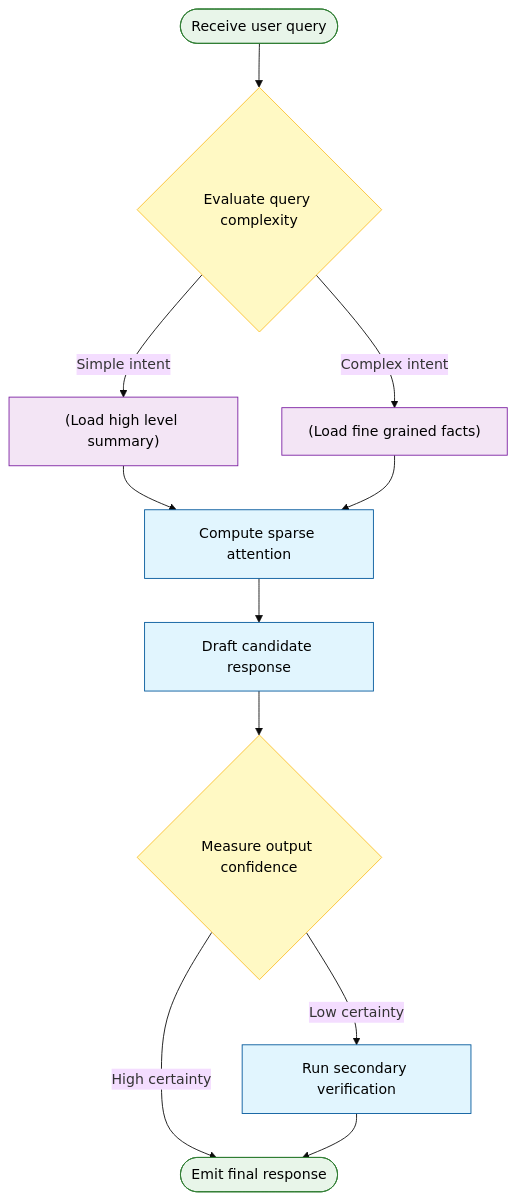
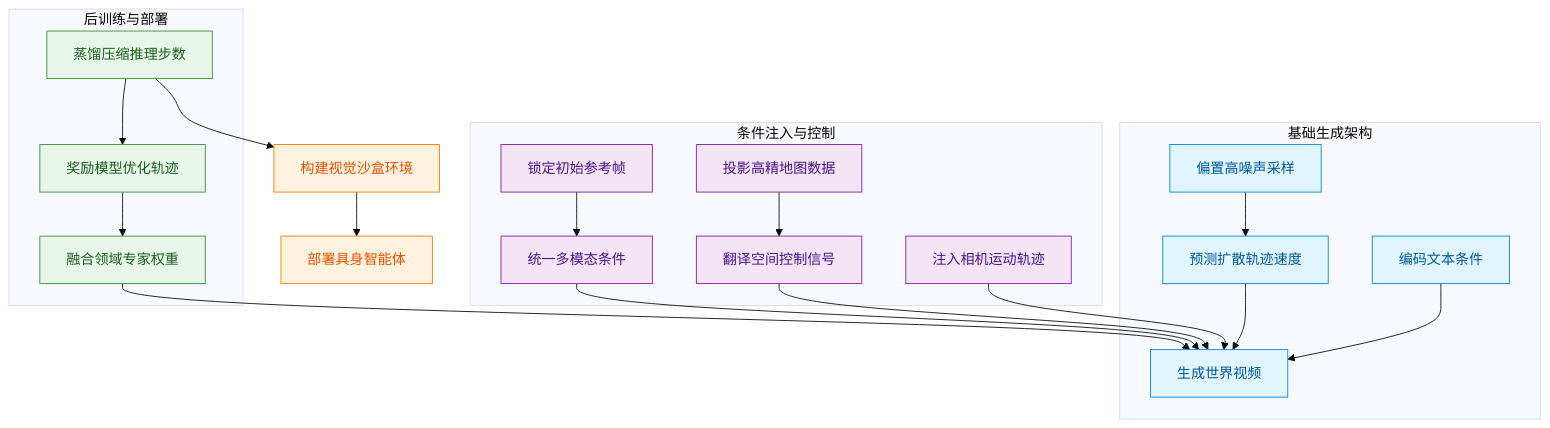
Before and after one commit to ShinewineW/paper-rolling: the second of 10 diagrams in person_vault/2026-06-12_WorldSimulationWithVideoFoundationModels_2511.00062/report.md, drawn with Mermaid (base theme). The commit also changed other lines of this file and 51 other files, not shown here.

````diff
--- a/person_vault/2026-06-12_WorldSimulationWithVideoFoundationModels_2511.00062/report.md
+++ b/person_vault/2026-06-12_WorldSimulationWithVideoFoundationModels_2511.00062/report.md
@@ -81,23 +83,35 @@
 ```mermaid
-flowchart TD
-    start_node(["Receive user query"]) --> route_check{Evaluate query complexity}
-    route_check -->|Simple intent| load_summary["(Load high level summary)"]
-    route_check -->|Complex intent| load_detail["(Load fine grained facts)"]
-    load_summary --> run_attention["Compute sparse attention"]
-    load_detail --> run_attention
-    run_attention --> draft_response["Draft candidate response"]
-    draft_response --> check_confidence{Measure output confidence}
-    check_confidence -->|High certainty| finalize_output(["Emit final response"])
-    check_confidence -->|Low certainty| run_verification["Run secondary verification"]
-    run_verification --> finalize_output
+flowchart TB
+  classDef base fill:#e1f5fe,color:#01579b,stroke:#0288d1
+  classDef ctrl fill:#f3e5f5,color:#4a148c,stroke:#7b1fa2
+  classDef post fill:#e8f5e9,color:#1b5e20,stroke:#388e3c
+  classDef target fill:#fff3e0,color:#e65100,stroke:#f57c00
 
-    classDef start_end fill:#e8f5e9,stroke:#2e7d32,color:#000000;
-    classDef decision fill:#fff9c4,stroke:#fbc02d,color:#000000;
-    classDef process fill:#e1f5fe,stroke:#01579b,color:#000000;
-    classDef data fill:#f3e5f5,stroke:#7b1fa2,color:#000000;
+  subgraph 基础生成架构
+    predict_velocity["预测扩散轨迹速度"] --> generate_world["生成世界视频"]
+    bias_sampling["偏置高噪声采样"] --> predict_velocity
+    encode_text["编码文本条件"] --> generate_world
+  end
 
-    class start_node,finalize_output start_end;
-    class route_check,check_confidence decision;
-    class run_attention,draft_response,run_verification process;
-    class load_summary,load_detail data;
+  subgraph 条件注入与控制
+    unify_conditions["统一多模态条件"] --> generate_world
+    lock_frames["锁定初始参考帧"] --> unify_conditions
+    translate_controls["翻译空间控制信号"] --> generate_world
+    project_maps["投影高精地图数据"] --> translate_controls
+    inject_cameras["注入相机运动轨迹"] --> generate_world
+  end
+
+  subgraph 后训练与部署
+    merge_weights["融合领域专家权重"] --> generate_world
+    optimize_rewards["奖励模型优化轨迹"] --> merge_weights
+    distill_steps["蒸馏压缩推理步数"] --> optimize_rewards
+  end
+
+  distill_steps --> build_sandbox["构建视觉沙盒环境"]
+  build_sandbox --> deploy_agents["部署具身智能体"]
+
+  class predict_velocity,bias_sampling,encode_text,generate_world base
+  class unify_conditions,lock_frames,translate_controls,project_maps,inject_cameras ctrl
+  class merge_weights,optimize_rewards,distill_steps post
+  class build_sandbox,deploy_agents target
 ```
````
